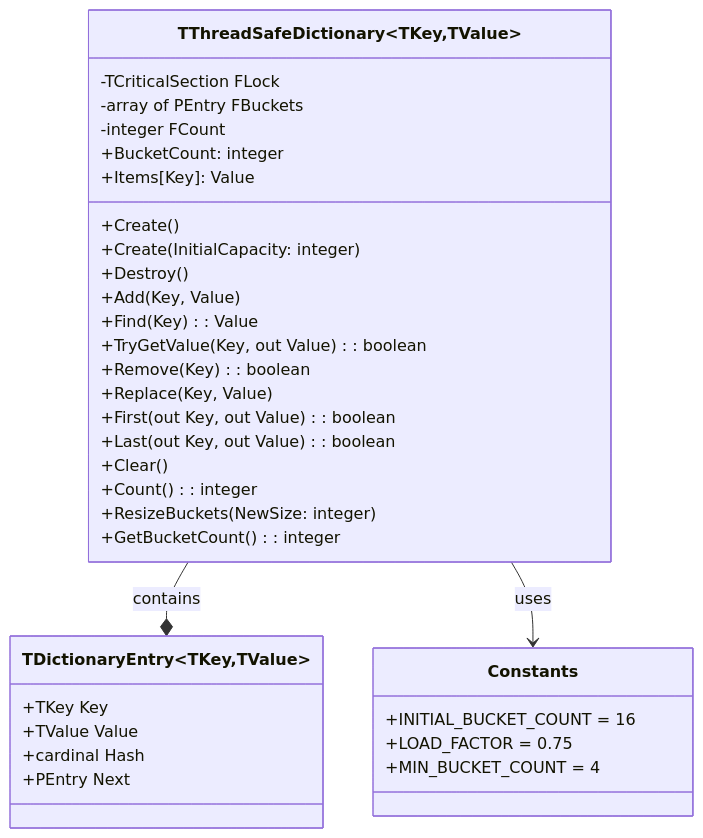
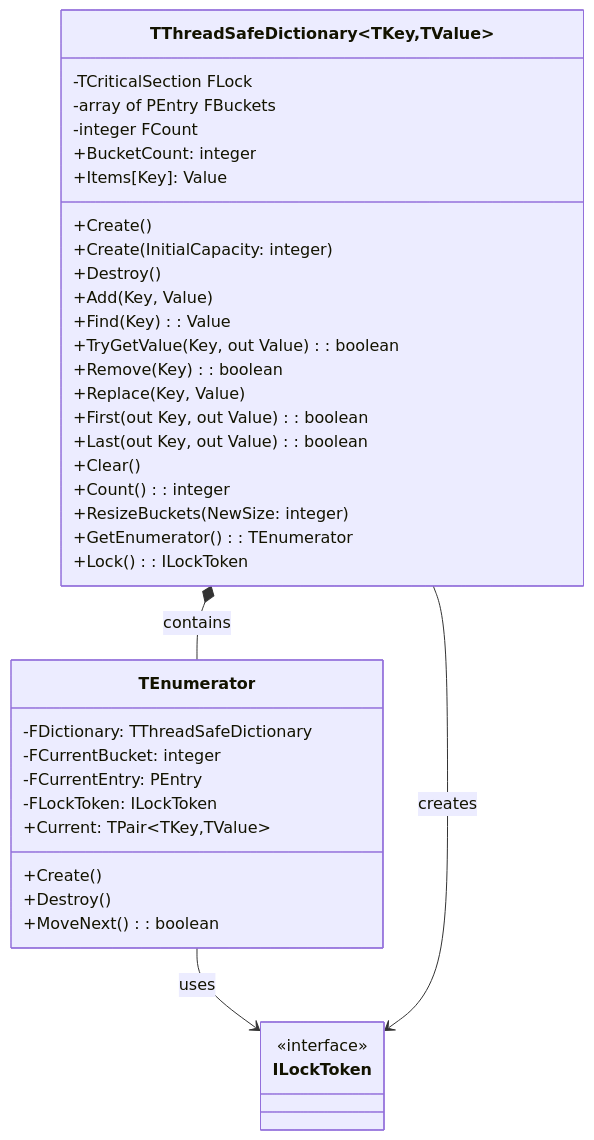
One commit to ikelaiah/threadsafecollections-fp changed the diagram in docs/ThreadSafeCollections.Dictionary.md. Above: the diagram before and after it, drawn with Mermaid. The commit also changed other lines of this file and 3 other files, not shown here.

````diff
--- a/docs/ThreadSafeCollections.Dictionary.md
+++ b/docs/ThreadSafeCollections.Dictionary.md
@@ -7,40 +7,44 @@
 ```mermaid
 classDiagram
     class TThreadSafeDictionary~TKey,TValue~ {
         -TCriticalSection FLock
         -array of PEntry FBuckets
         -integer FCount
         +Create()
         +Create(InitialCapacity: integer)
         +Destroy()
         +Add(Key, Value)
         +Find(Key): Value
         +TryGetValue(Key, out Value): boolean
         +Remove(Key): boolean
         +Replace(Key, Value)
         +First(out Key, out Value): boolean
         +Last(out Key, out Value): boolean
         +Clear()
         +Count(): integer
         +ResizeBuckets(NewSize: integer)
-        +GetBucketCount(): integer
         +BucketCount: integer
         +Items[Key]: Value
+        +GetEnumerator(): TEnumerator
+        +Lock(): ILockToken
     }
     
-    class TDictionaryEntry~TKey,TValue~ {
-        +TKey Key
-        +TValue Value
-        +cardinal Hash
-        +PEntry Next
+    class TEnumerator {
+        -FDictionary: TThreadSafeDictionary
+        -FCurrentBucket: integer
+        -FCurrentEntry: PEntry
+        -FLockToken: ILockToken
+        +Create()
+        +Destroy()
+        +MoveNext(): boolean
+        +Current: TPair~TKey,TValue~
     }
 
-    class Constants {
-        +INITIAL_BUCKET_COUNT = 16
-        +LOAD_FACTOR = 0.75
-        +MIN_BUCKET_COUNT = 4
+    class ILockToken {
+        <<interface>>
     }
 
-    TThreadSafeDictionary --* TDictionaryEntry : contains
-    TThreadSafeDictionary --> Constants : uses
+    TThreadSafeDictionary *-- TEnumerator : contains
+    TEnumerator --> ILockToken : uses
+    TThreadSafeDictionary --> ILockToken : creates
 ```
````
